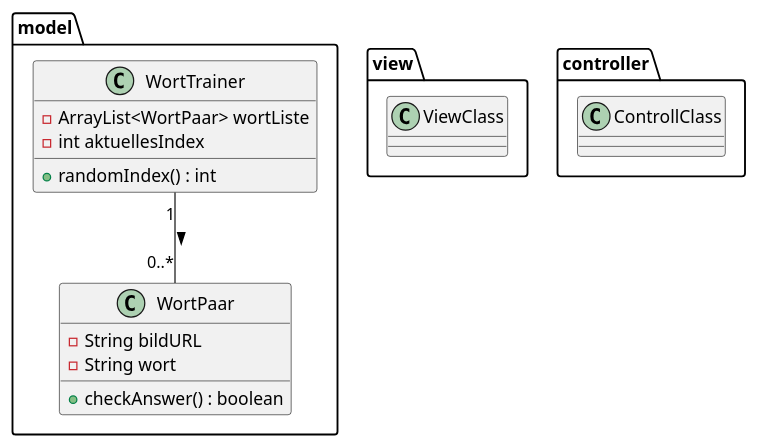
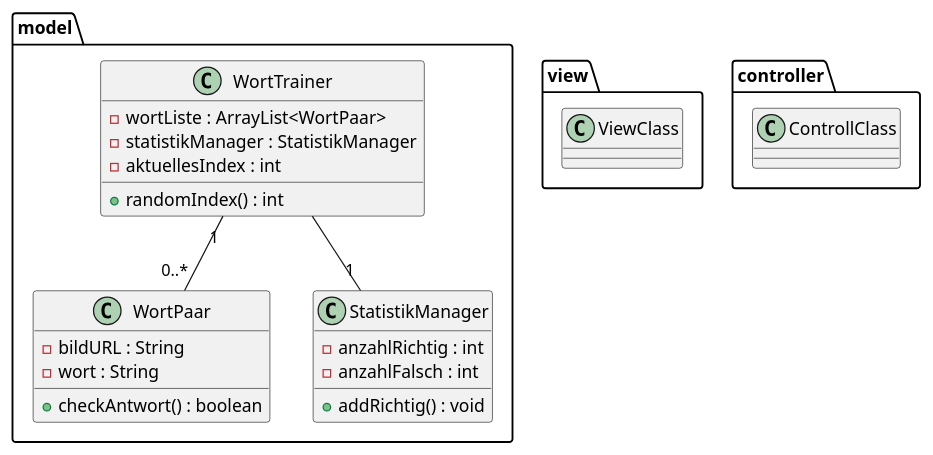
Before and after one commit to TGM-HIT/sew9-2425-worttrainer-aaabdulkarim: the diagram in Worttrainer_UML.puml, drawn with PlantUML.

Commit message:
Hinzufügen eines Statistik Managers

```diff
--- a/Worttrainer_UML.puml
+++ b/Worttrainer_UML.puml
@@ -1,37 +1,45 @@
 @startuml
 'https://plantuml.com/class-diagram
 
 package model {
 
 
     class WortPaar {
-        - String bildURL
-        - String wort
-        + checkAnswer() : boolean
+        - bildURL : String
+        - wort : String
+        + checkAntwort() : boolean
     }
 
 
     class WortTrainer {
-        - ArrayList<WortPaar> wortListe
-        - int aktuellesIndex
+        - wortListe : ArrayList<WortPaar>
+        - statistikManager : StatistikManager
+        - aktuellesIndex : int
         + randomIndex() : int
+    }
+
+    class StatistikManager {
+        - anzahlRichtig : int
+        - anzahlFalsch : int
+        + addRichtig() : void
     }
 }
 
 
 package view {
     class ViewClass {
     }
 }
 
 package controller {
     class ControllClass {
     }
 }
 
 
 
 
-WortTrainer "1" -- "0..*" WortPaar : >
+WortTrainer "1" -- "0..*" WortPaar
+WortTrainer -- "1" StatistikManager
 
 @enduml
```
